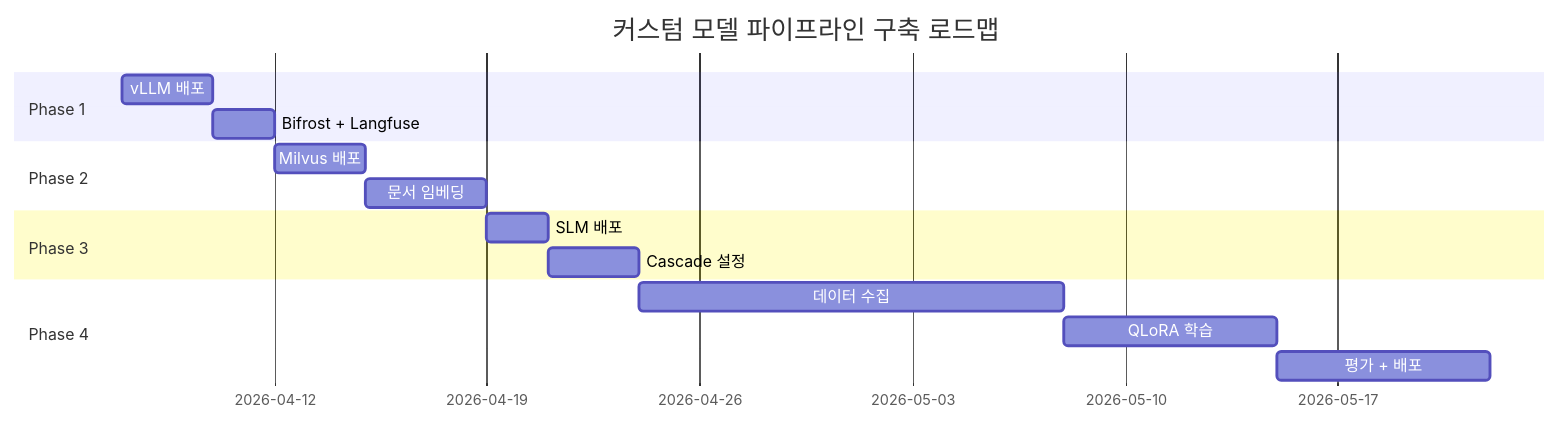
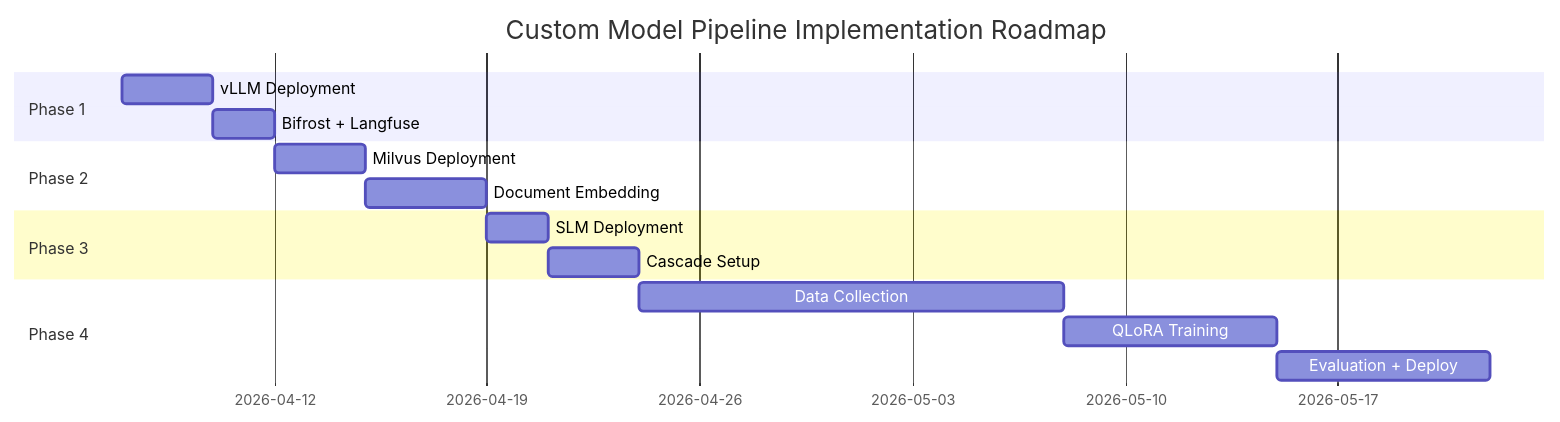
The fourth of 4 diagrams in docs/agentic-ai-platform/reference-architecture/model-lifecycle/custom-model-pipeline.md (devfloor9/engineering-playbook), drawn with Mermaid before and after one commit. The commit also changed other lines of this file and 954 other files, not shown here.

````diff
--- a/docs/agentic-ai-platform/reference-architecture/model-lifecycle/custom-model-pipeline.md
+++ b/docs/agentic-ai-platform/reference-architecture/model-lifecycle/custom-model-pipeline.md
@@ -496,18 +496,18 @@
 ```mermaid
 gantt
-    title 커스텀 모델 파이프라인 구축 로드맵
+    title Custom Model Pipeline Implementation Roadmap
     dateFormat YYYY-MM-DD
     section Phase 1
-        vLLM 배포           :p1a, 2026-04-07, 3d
-        Bifrost + Langfuse  :p1b, after p1a, 2d
+        vLLM Deployment      :p1a, 2026-04-07, 3d
+        Bifrost + Langfuse   :p1b, after p1a, 2d
     section Phase 2
-        Milvus 배포         :p2a, after p1b, 3d
-        문서 임베딩         :p2b, after p2a, 4d
+        Milvus Deployment    :p2a, after p1b, 3d
+        Document Embedding   :p2b, after p2a, 4d
     section Phase 3
-        SLM 배포            :p3a, after p2b, 2d
-        Cascade 설정        :p3b, after p3a, 3d
+        SLM Deployment       :p3a, after p2b, 2d
+        Cascade Setup        :p3b, after p3a, 3d
     section Phase 4
-        데이터 수집         :p4a, after p3b, 14d
-        QLoRA 학습          :p4b, after p4a, 7d
-        평가 + 배포         :p4c, after p4b, 7d
+        Data Collection      :p4a, after p3b, 14d
+        QLoRA Training       :p4b, after p4a, 7d
+        Evaluation + Deploy  :p4c, after p4b, 7d
 ```
````
